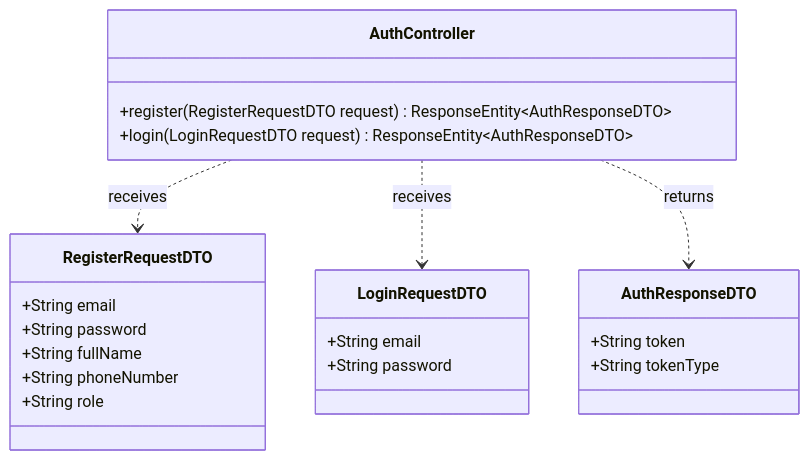
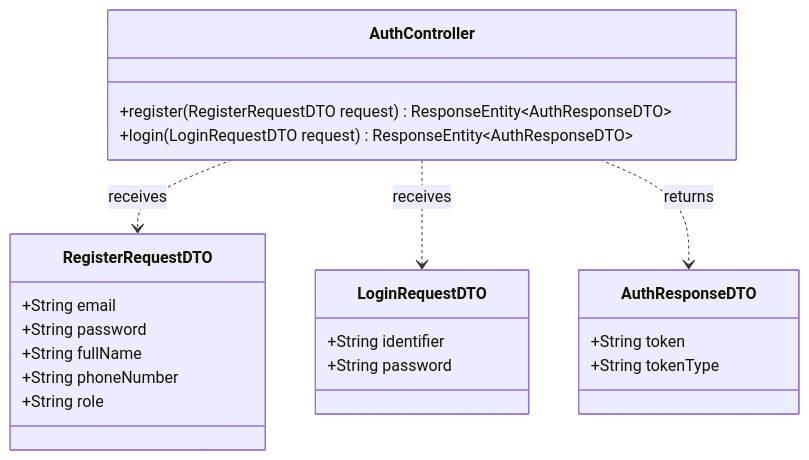
The first of 7 diagrams in docs/task-04/README.md (BlackyB0o/CS261_650001_group5), drawn with Mermaid before and after one commit. The commit also changed other lines of this file, not shown here.

Commit message:
docs: finalize task 04 identifier login and role selection

````diff
--- a/docs/task-04/README.md
+++ b/docs/task-04/README.md
@@ -78,26 +81,26 @@
 ```mermaid
 classDiagram
     class AuthController {
         +register(RegisterRequestDTO request) ResponseEntity~AuthResponseDTO~
         +login(LoginRequestDTO request) ResponseEntity~AuthResponseDTO~
     }
     class RegisterRequestDTO {
         +String email
         +String password
         +String fullName
         +String phoneNumber
         +String role
     }
     class LoginRequestDTO {
-        +String email
+        +String identifier
         +String password
     }
     class AuthResponseDTO {
         +String token
         +String tokenType
     }
 
     AuthController ..> RegisterRequestDTO : receives
     AuthController ..> LoginRequestDTO : receives
     AuthController ..> AuthResponseDTO : returns
 ```
````
